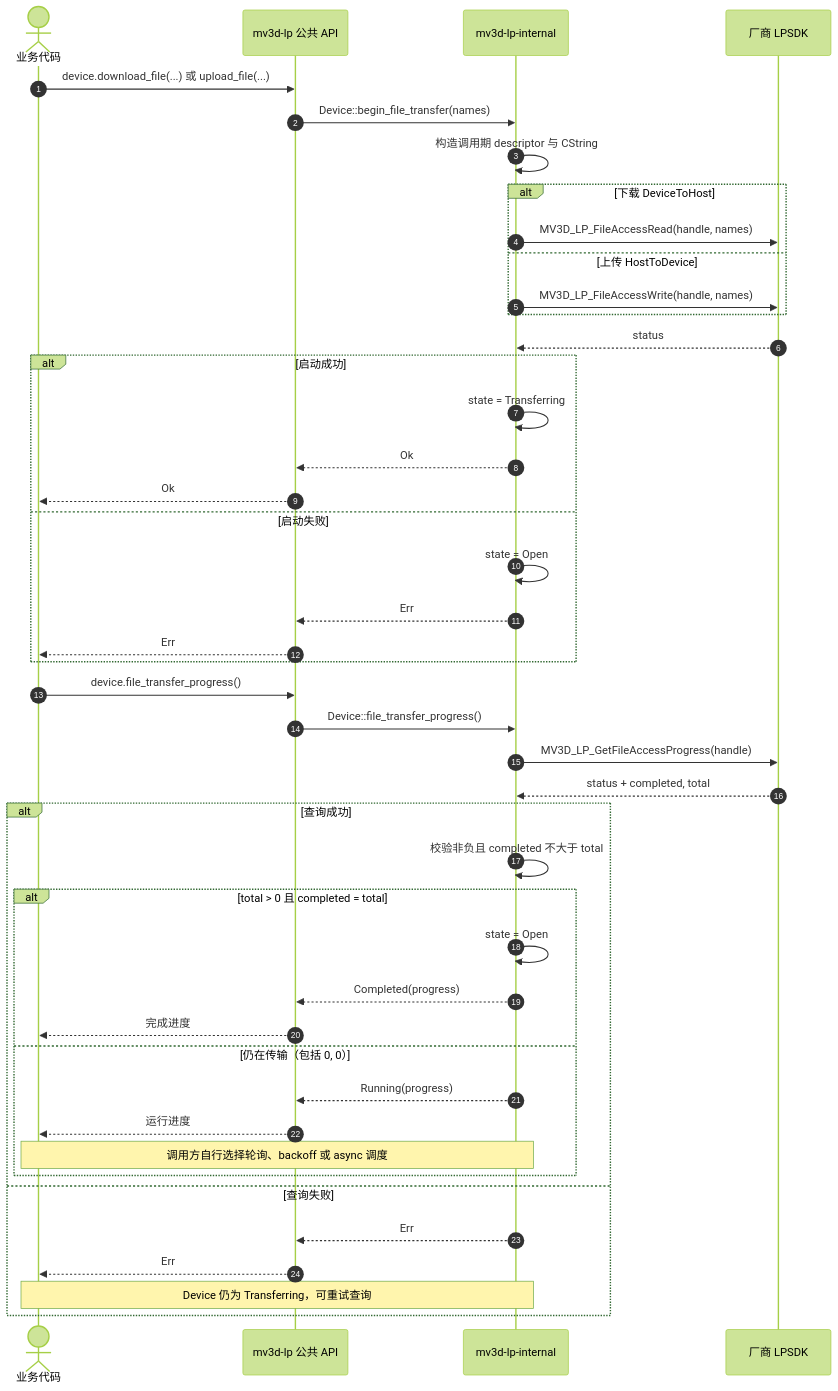
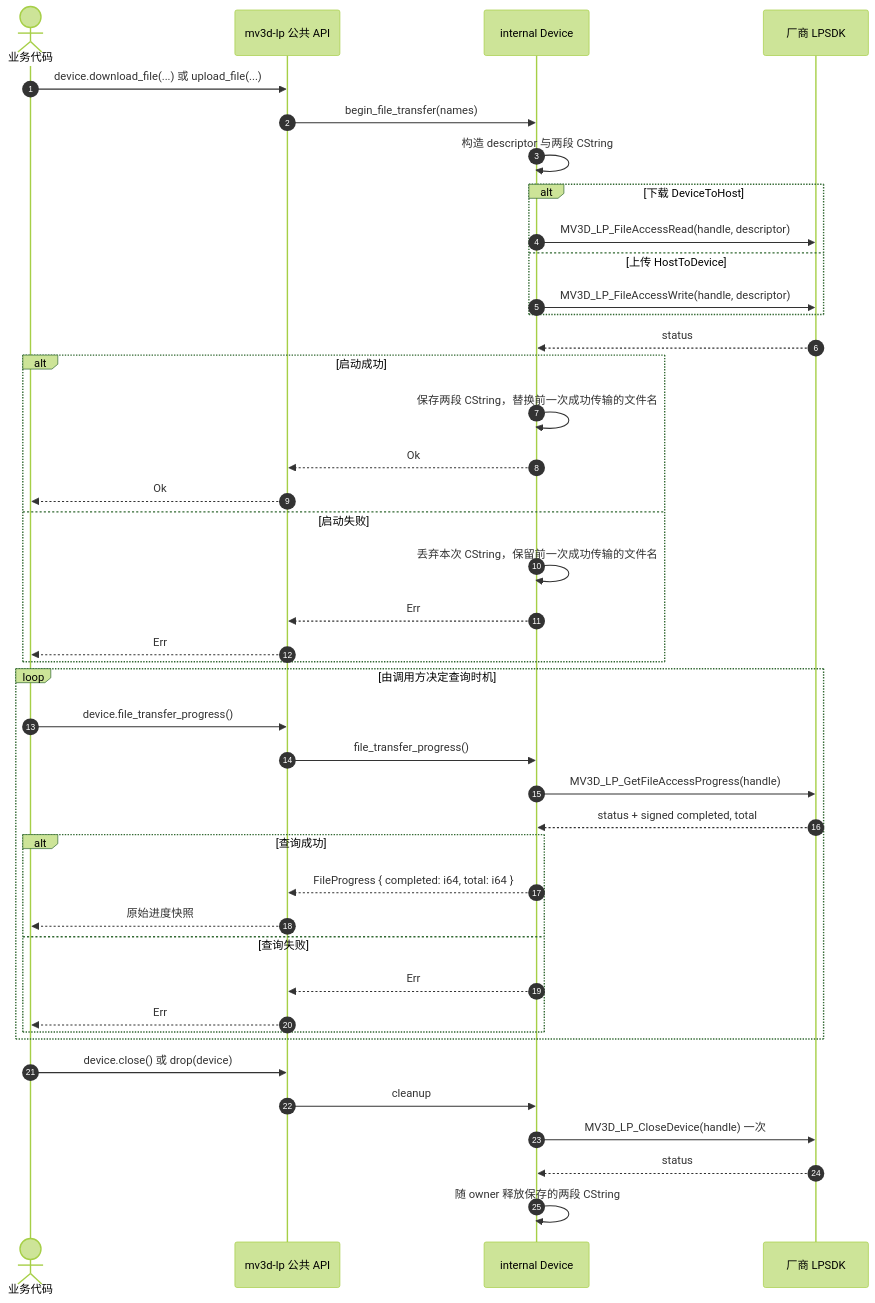
The diagram in 时序图/文件上传与下载.md (JSB-Unscarred/3dmvs-sdk-rs), drawn with Mermaid (forest theme) before and after one commit. The commit also changed other lines of this file and 43 other files, not shown here.

````diff
--- a/时序图/文件上传与下载.md
+++ b/时序图/文件上传与下载.md
@@ -3,48 +3,47 @@
 ```mermaid
 sequenceDiagram
     autonumber
     actor App as 业务代码
     participant Public as mv3d-lp 公共 API
-    participant Core as mv3d-lp-internal
+    participant Device as internal Device
     participant Native as 厂商 LPSDK
 
     App->>Public: device.download_file(...) 或 upload_file(...)
-    Public->>Core: Device::begin_file_transfer(names)
-    Core->>Core: 构造调用期 descriptor 与 CString
+    Public->>Device: begin_file_transfer(names)
+    Device->>Device: 构造 descriptor 与两段 CString
     alt 下载 DeviceToHost
-        Core->>Native: MV3D_LP_FileAccessRead(handle, names)
+        Device->>Native: MV3D_LP_FileAccessRead(handle, descriptor)
     else 上传 HostToDevice
-        Core->>Native: MV3D_LP_FileAccessWrite(handle, names)
+        Device->>Native: MV3D_LP_FileAccessWrite(handle, descriptor)
     end
-    Native-->>Core: status
+    Native-->>Device: status
     alt 启动成功
-        Core->>Core: state = Transferring
-        Core-->>Public: Ok
+        Device->>Device: 保存两段 CString，替换前一次成功传输的文件名
+        Device-->>Public: Ok
         Public-->>App: Ok
     else 启动失败
-        Core->>Core: state = Open
-        Core-->>Public: Err
+        Device->>Device: 丢弃本次 CString，保留前一次成功传输的文件名
+        Device-->>Public: Err
         Public-->>App: Err
     end
 
-    App->>Public: device.file_transfer_progress()
-    Public->>Core: Device::file_transfer_progress()
-    Core->>Native: MV3D_LP_GetFileAccessProgress(handle)
-    Native-->>Core: status + completed, total
-    alt 查询成功
-        Core->>Core: 校验非负且 completed 不大于 total
-        alt total > 0 且 completed = total
-            Core->>Core: state = Open
-            Core-->>Public: Completed(progress)
-            Public-->>App: 完成进度
-        else 仍在传输（包括 0, 0）
-            Core-->>Public: Running(progress)
-            Public-->>App: 运行进度
-            Note over App,Core: 调用方自行选择轮询、backoff 或 async 调度
+    loop 由调用方决定查询时机
+        App->>Public: device.file_transfer_progress()
+        Public->>Device: file_transfer_progress()
+        Device->>Native: MV3D_LP_GetFileAccessProgress(handle)
+        Native-->>Device: status + signed completed, total
+        alt 查询成功
+            Device-->>Public: FileProgress { completed: i64, total: i64 }
+            Public-->>App: 原始进度快照
+        else 查询失败
+            Device-->>Public: Err
+            Public-->>App: Err
         end
-    else 查询失败
-        Core-->>Public: Err
-        Public-->>App: Err
-        Note over App,Core: Device 仍为 Transferring，可重试查询
     end
+
+    App->>Public: device.close() 或 drop(device)
+    Public->>Device: cleanup
+    Device->>Native: MV3D_LP_CloseDevice(handle) 一次
+    Native-->>Device: status
+    Device->>Device: 随 owner 释放保存的两段 CString
 ```
````
